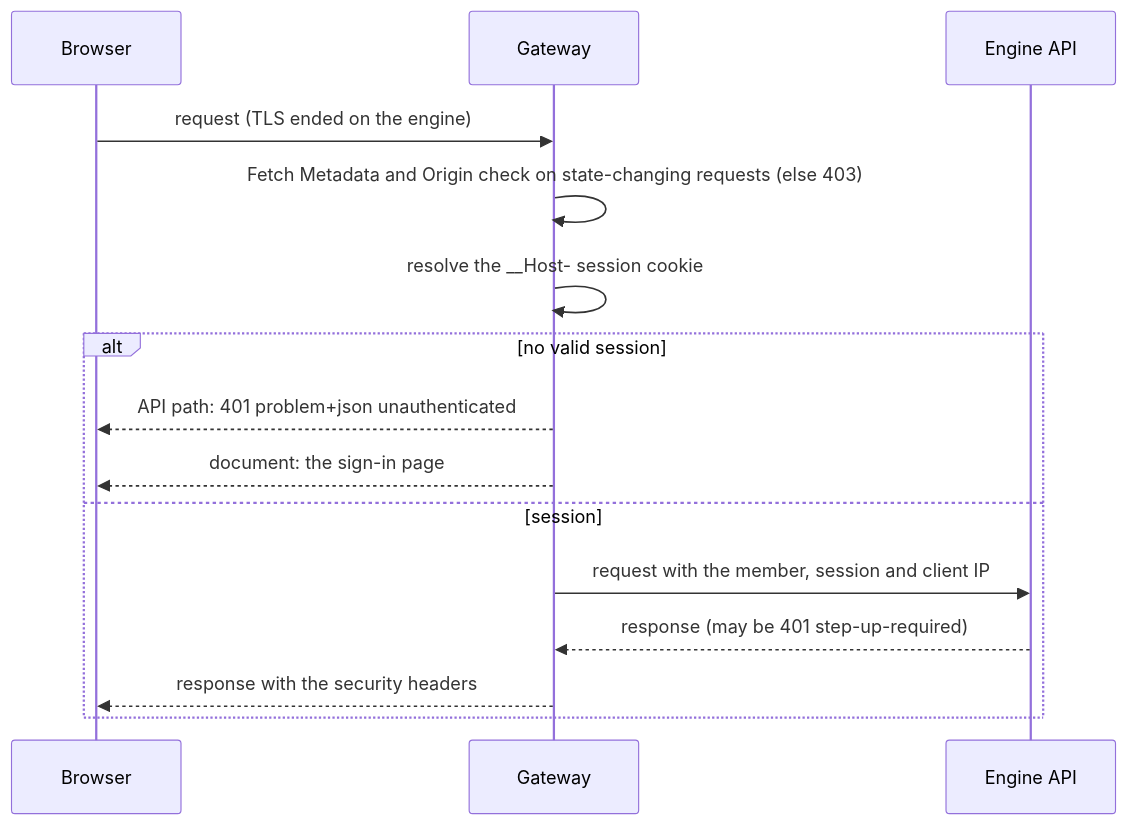
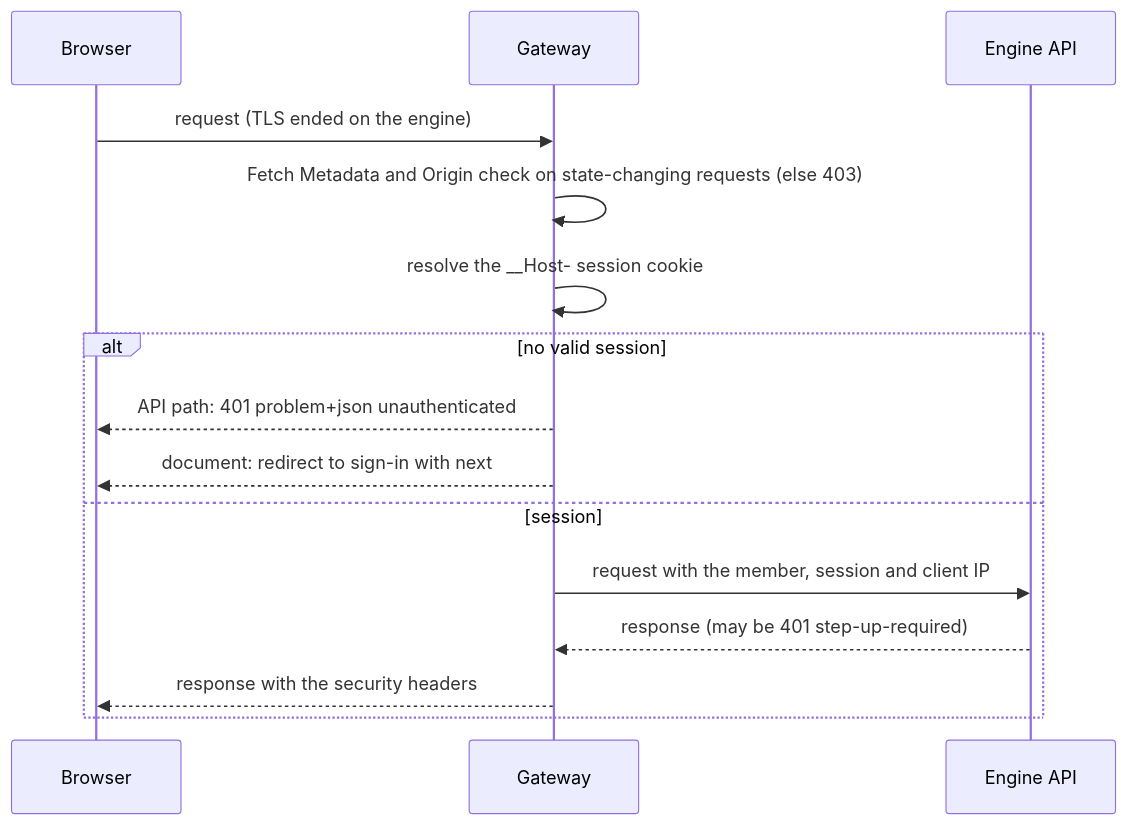
The diagram in docs/engine-integration/gateway.md (webgptorg/app), drawn with Mermaid before and after one commit. The commit also changed other lines of this file and 8 other files, not shown here.

Commit message:
feat(conformance): check that the sign-in redirect keeps a safe next

````diff
--- a/docs/engine-integration/gateway.md
+++ b/docs/engine-integration/gateway.md
@@ -9,17 +9,17 @@
 ```mermaid
 sequenceDiagram
     participant B as Browser
     participant G as Gateway
     participant A as Engine API
     B->>G: request (TLS ended on the engine)
     G->>G: Fetch Metadata and Origin check on state-changing requests (else 403)
     G->>G: resolve the __Host- session cookie
     alt no valid session
         G-->>B: API path: 401 problem+json unauthenticated
-        G-->>B: document: the sign-in page
+        G-->>B: document: redirect to sign-in with next
     else session
         G->>A: request with the member, session and client IP
         A-->>G: response (may be 401 step-up-required)
         G-->>B: response with the security headers
     end
 ```
````
